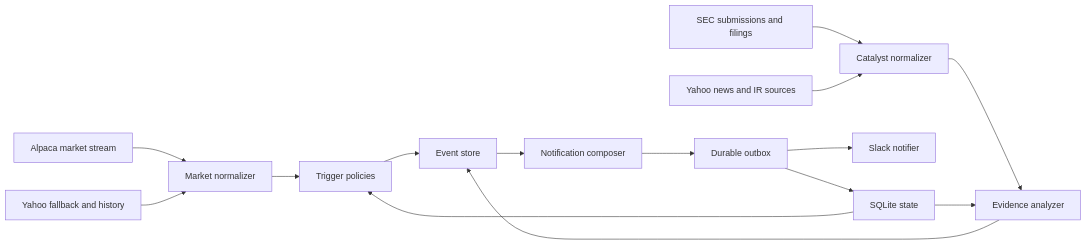
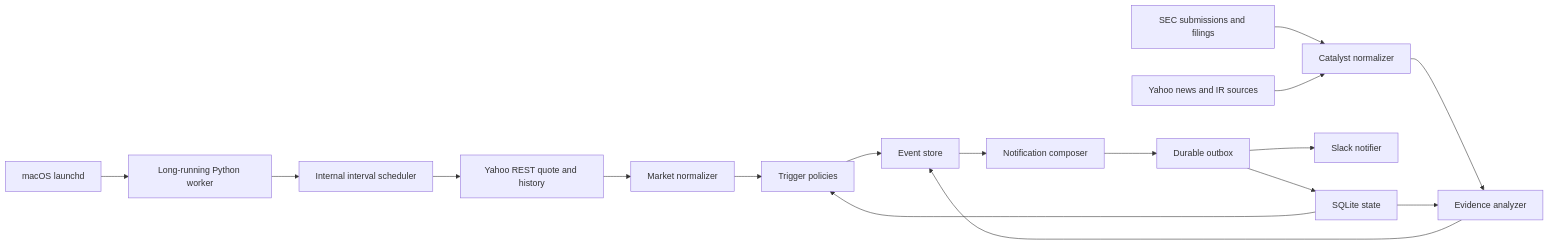
One commit to okeycsy/investing changed the diagram in docs/HOOD_MONITOR_REBUILD.md. Above: the diagram before and after it, drawn with Mermaid. The commit also changed other lines of this file and 3 other files, not shown here.

````diff
--- a/docs/HOOD_MONITOR_REBUILD.md
+++ b/docs/HOOD_MONITOR_REBUILD.md
@@ -393,17 +394,19 @@
 ```mermaid
 flowchart LR
-    A["Alpaca market stream"] --> B["Market normalizer"]
-    Y["Yahoo fallback and history"] --> B
+    L["macOS launchd"] --> W["Long-running Python worker"]
+    W --> P["Internal interval scheduler"]
+    P --> Y["Yahoo REST quote and history"]
+    Y --> B["Market normalizer"]
     S["SEC submissions and filings"] --> C["Catalyst normalizer"]
     N["Yahoo news and IR sources"] --> C
     C --> D["Evidence analyzer"]
     B --> E["Trigger policies"]
     D --> F["Event store"]
     E --> F
     F --> G["Notification composer"]
     G --> H["Durable outbox"]
     H --> I["Slack notifier"]
     J["SQLite state"] --> E
     J --> D
     H --> J
 ```
````
